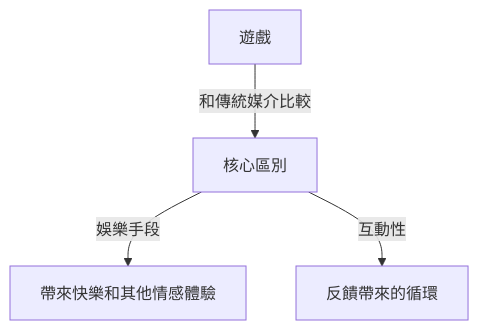
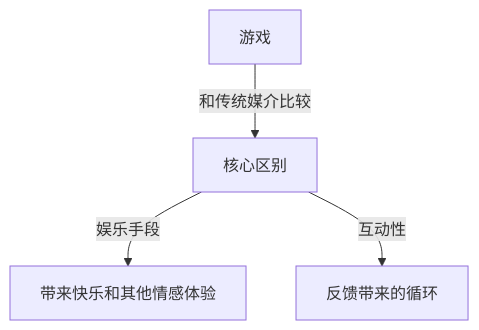
The second of 2 diagrams in _posts/books.more/2020-01-05-sakura_nagashi.md (jskyzero/design.jskyzero.com), drawn with Mermaid before and after one commit. The commit also changed other lines of this file and 2 other files, not shown here.

```diff
--- a/_posts/books.more/2020-01-05-sakura_nagashi.md
+++ b/_posts/books.more/2020-01-05-sakura_nagashi.md
@@ -94,6 +94,6 @@
 {% mermaid %}
 graph TD;
-  A[遊戲] -->|和傳統媒介比較| B[核心區別];
-  B -->|娛樂手段| D[帶來快樂和其他情感體驗];
-  B -->|互動性| E[反饋帶來的循環];
+  A[游戏] -->|和传统媒介比较| B[核心区别];
+  B -->|娱乐手段| D[带来快乐和其他情感体验];
+  B -->|互动性| E[反馈带来的循环];
 {% endmermaid %}
```
